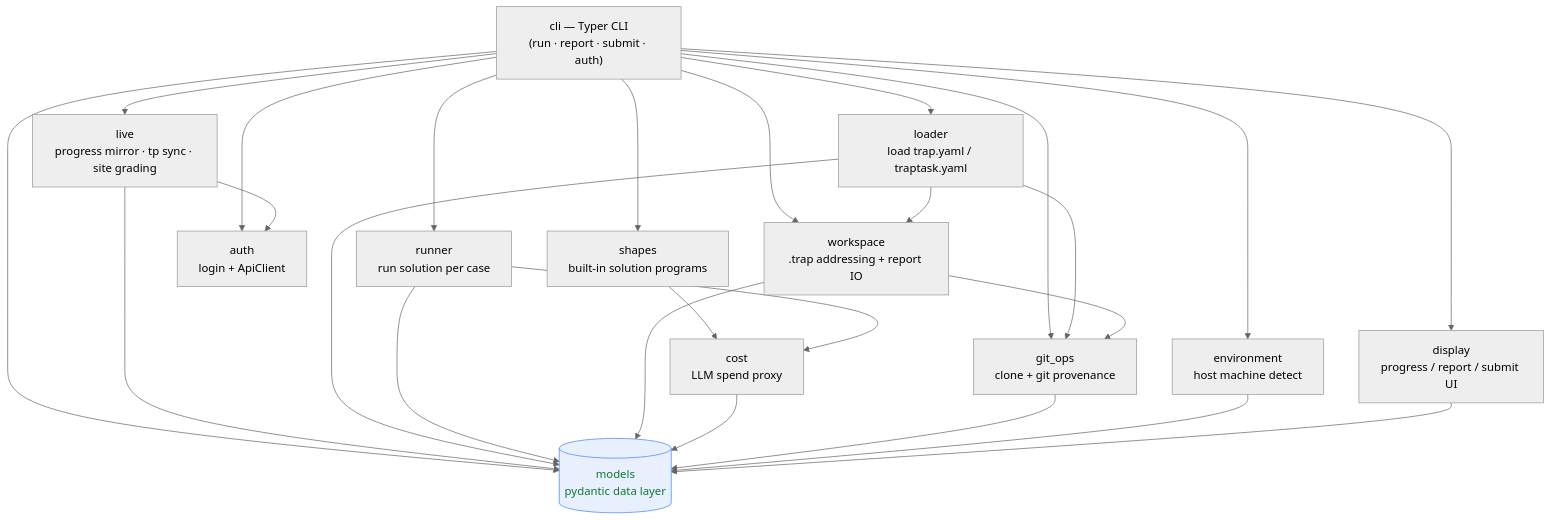
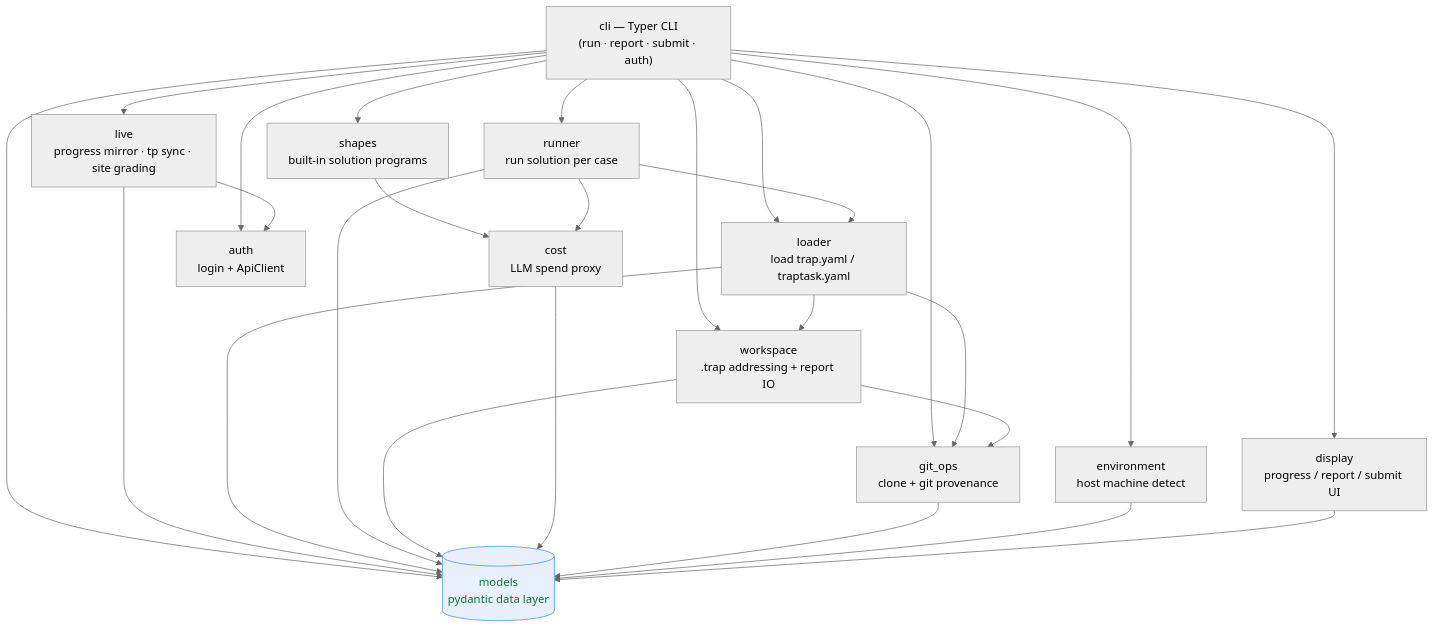
Before and after one commit to trapstreet/trap: the first of 3 diagrams in CODE_MAP.md, drawn with Mermaid (neutral theme). The commit also changed 5 other files, not shown here.

````diff
--- a/CODE_MAP.md
+++ b/CODE_MAP.md
@@ -15,43 +15,44 @@
 ```mermaid
 graph TD
     cli["cli — Typer CLI<br/>(run · report · submit · auth)"]
     loader["loader<br/>load trap.yaml / traptask.yaml"]
     runner["runner<br/>run solution per case"]
     cost["cost<br/>LLM spend proxy"]
     shapes["shapes<br/>built-in solution programs"]
     git_ops["git_ops<br/>clone + git provenance"]
     environment["environment<br/>host machine detect"]
     display["display<br/>progress / report / submit UI"]
     auth["auth<br/>login + ApiClient"]
     live["live<br/>progress mirror · tp sync · site grading"]
     workspace["workspace<br/>.trap addressing + report IO"]
     models[("models<br/>pydantic data layer")]
 
     cli --> loader
     cli --> runner
     cli --> git_ops
     cli --> environment
     cli --> display
     cli --> auth
     cli --> live
     cli --> workspace
     cli --> models
     cli --> shapes
     shapes --> cost
     live --> auth
     live --> models
     loader --> git_ops
     loader --> models
     loader --> workspace
     runner --> cost
+    runner --> loader
     runner --> models
     workspace --> git_ops
     workspace --> models
     cost --> models
     git_ops --> models
     environment --> models
     display --> models
 
     classDef data fill:#e8f0fe,stroke:#4285f4,color:#173;
     class models data;
 ```
````
